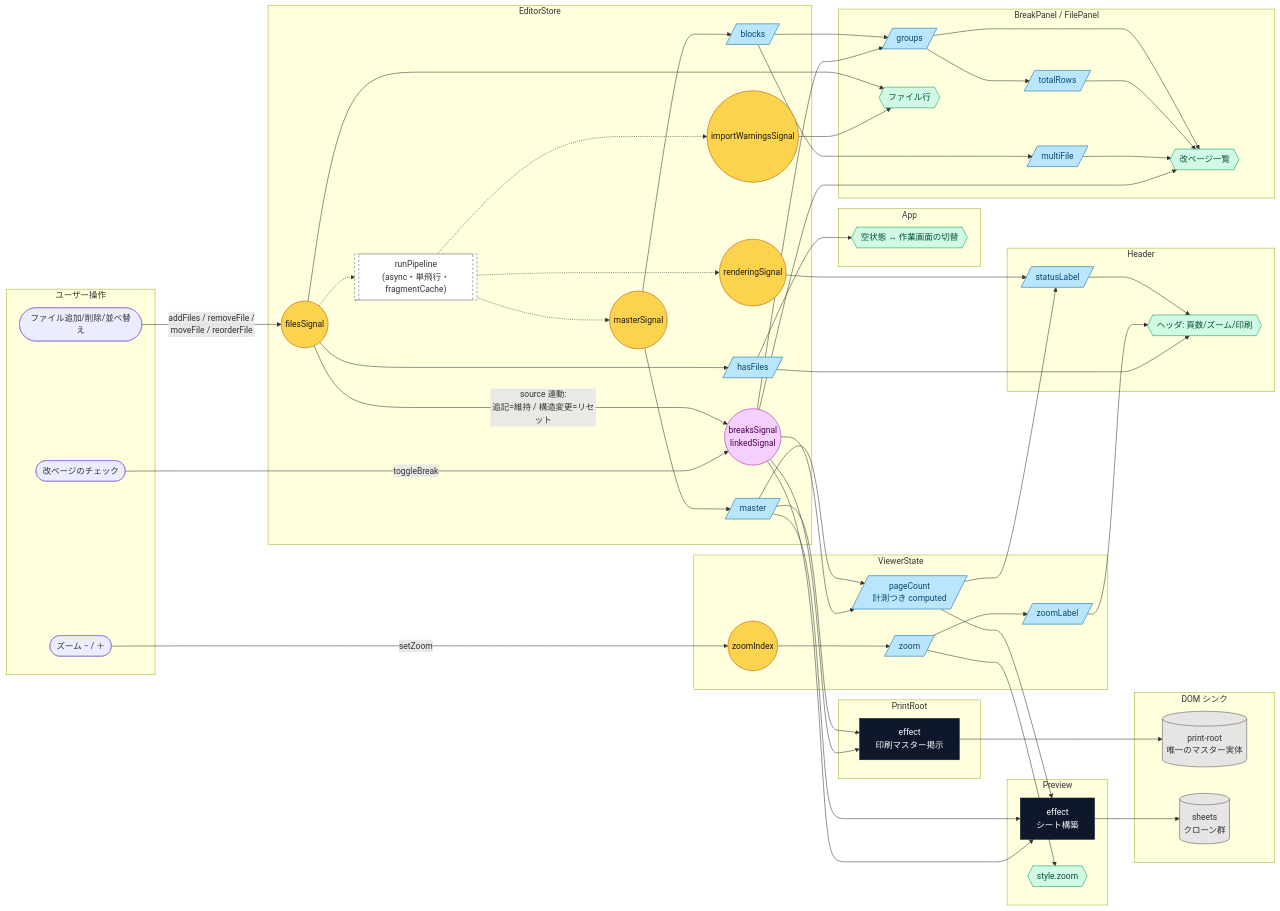
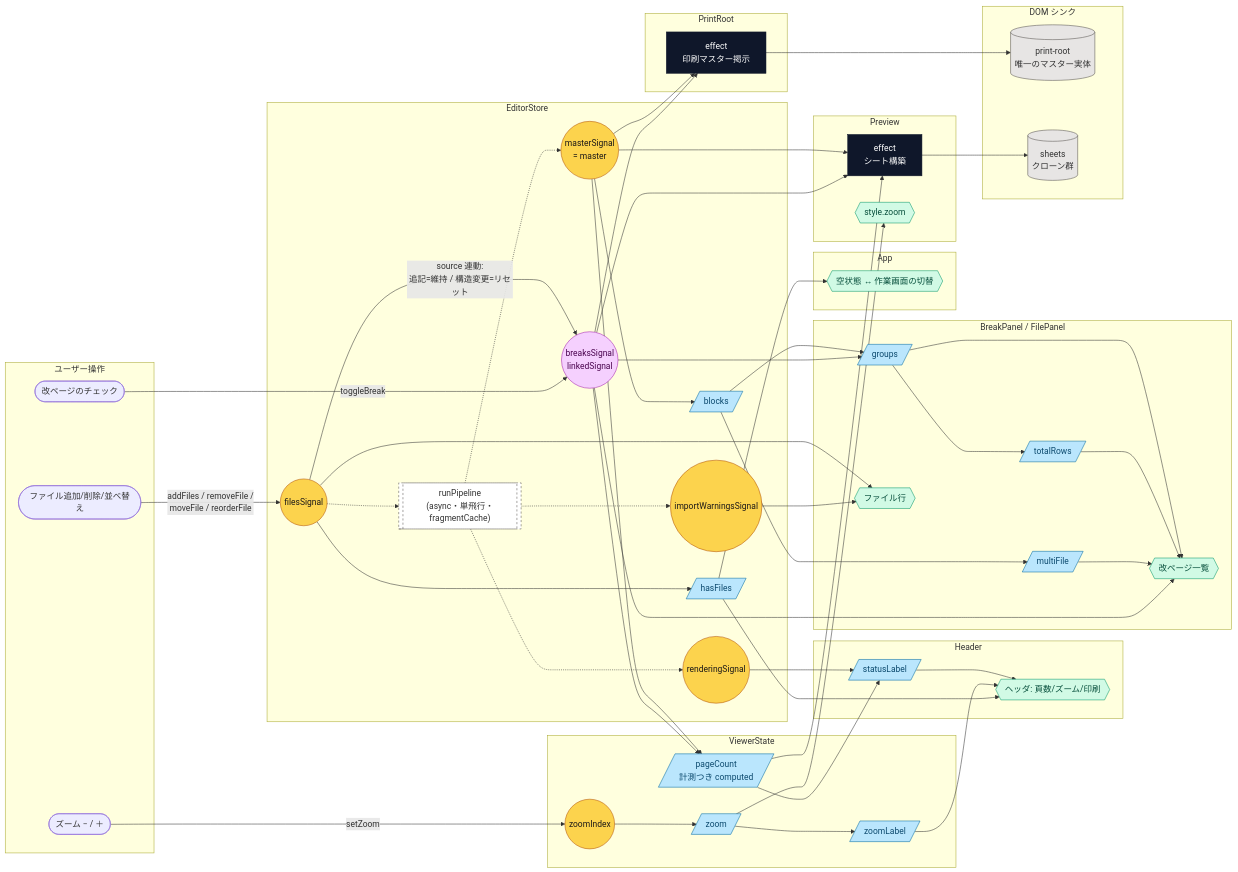
One commit to lacolaco/printmd changed the diagram in docs/signal-graph.md. Above: the diagram before and after it, drawn with Mermaid. The commit also changed 1 other file, not shown here.

Commit message:
refactor: master の素通し computed を asReadonly に単純化する
printableMaster 撤去時の残骸で、signal を包むだけの computed だった。
asReadonly の公開に改め、図の素通しノードも畳む。

Claude-Session: https://claude.ai/code/session_01QPt1EiY6Js5cXfcvhPEJZR

```diff
--- a/docs/signal-graph.md
+++ b/docs/signal-graph.md
@@ -20,11 +20,10 @@
     S1((filesSignal))
     S2((breaksSignal<br/>linkedSignal))
     S3((renderingSignal))
-    S4((masterSignal))
+    S4((masterSignal<br/>= master))
     S5((importWarningsSignal))
     C1[/hasFiles/]
     C2[/blocks/]
-    C3[/master/]
     P[["runPipeline<br/>(async・単飛行・fragmentCache)"]]
   end
 
@@ -78,7 +77,6 @@
 
   S1 --> C1
   S4 --> C2
-  S4 --> C3
 
   C1 --> T2
   C2 --> BC1
@@ -92,14 +90,14 @@
   S1 --> T5
   S5 --> T5
 
-  C3 --> AE1
+  S4 --> AE1
   S2 --> AE1
   AE1 --> D1
 
-  C3 --> PE1
+  S4 --> PE1
   S2 --> PE1
   PE1 --> D2
-  C3 --> V2
+  S4 --> V2
   S2 --> V2
   V2 --> PE1
 
@@ -121,7 +119,7 @@
   classDef linked fill:#f5d0fe,stroke:#a21caf,color:#4a044e
   class S1,S3,S4,S5,V1 sig
   class S2 linked
-  class C1,C2,C3,VC1,VC2,HC1,BC1,BC2,BC3,V2 comp
+  class C1,C2,VC1,VC2,HC1,BC1,BC2,BC3,V2 comp
   class AE1,PE1 eff
   class T1,T2,T3,T4,T5 tmpl
   class D1,D2 dom
```
